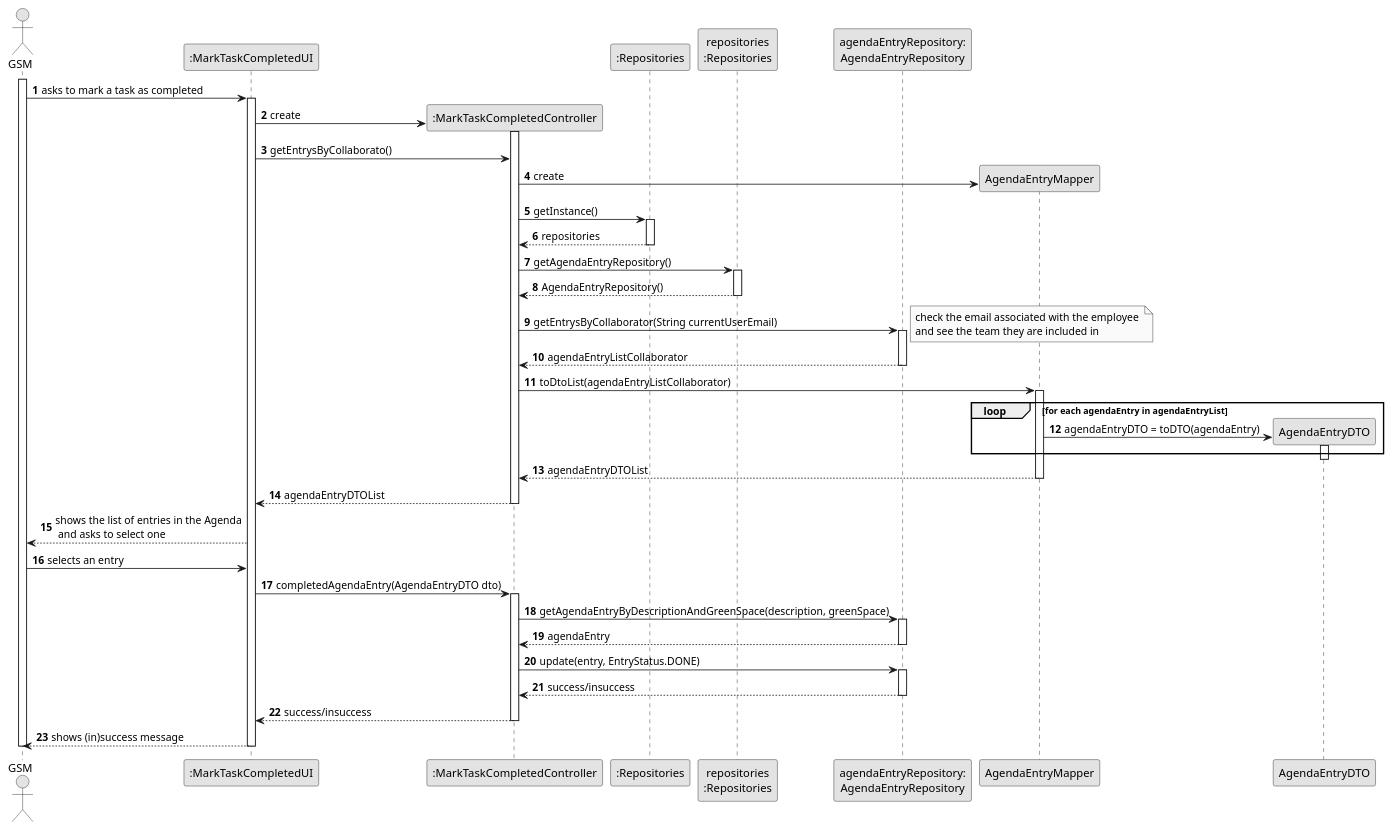
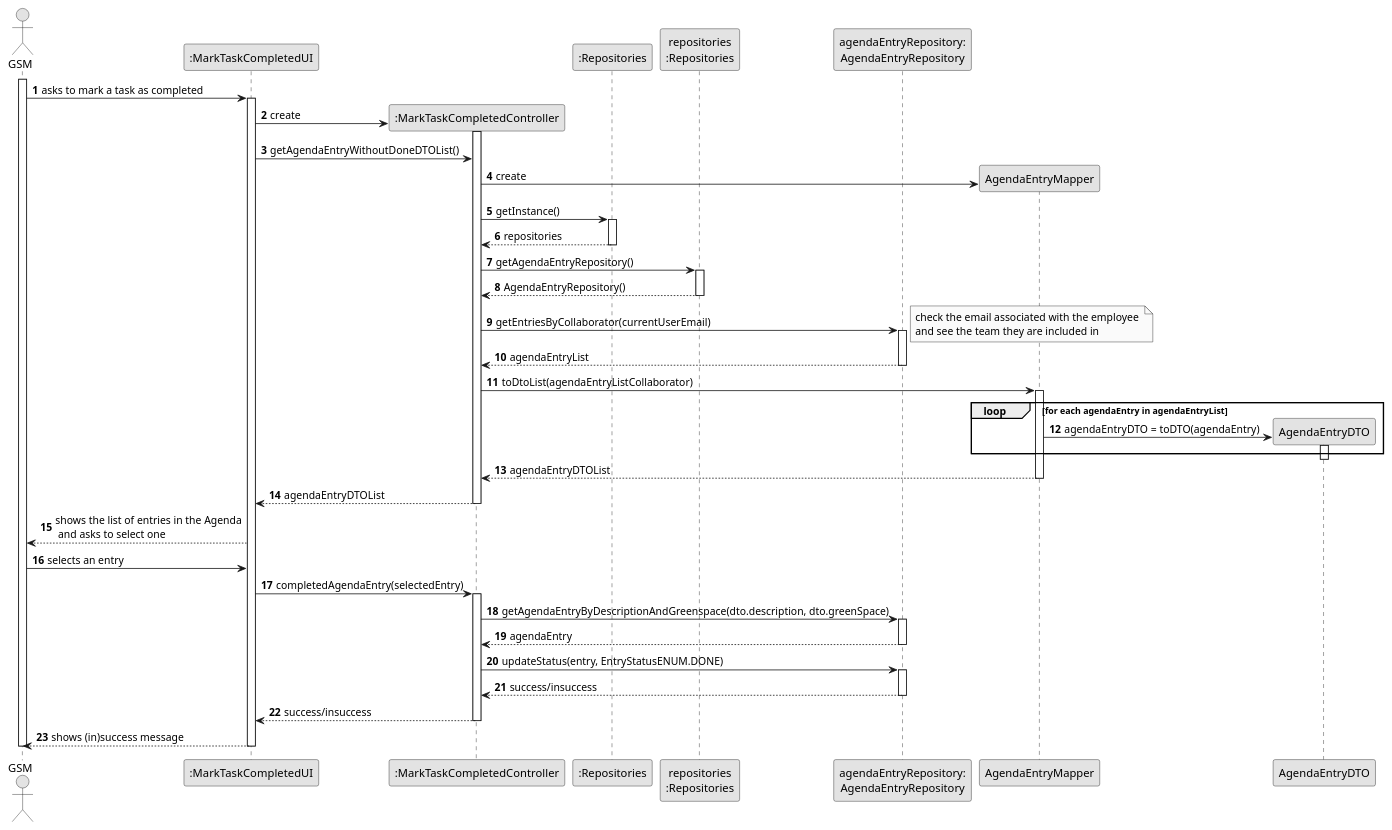
Before and after one commit to Departamento-de-Engenharia-Informatica/lei-24-s2-1do-g164: the diagram in docs/sprintC/us029/03.design/puml/us029-sequence-diagram-full.puml, drawn with PlantUML. The commit also changed 36 other files, not shown here.

```diff
--- a/docs/sprintC/us029/03.design/puml/us029-sequence-diagram-full.puml
+++ b/docs/sprintC/us029/03.design/puml/us029-sequence-diagram-full.puml
@@ -1,116 +1,116 @@
 @startuml
 skinparam monochrome true
 skinparam packageStyle rectangle
 skinparam shadowing false
 
 autonumber
 
 'hide footbox
 actor "GSM" as GSM
 participant ":MarkTaskCompletedUI" as UI
 participant ":MarkTaskCompletedController" as CTRL
 participant ":Repositories" as RepositorySingleton
 participant "repositories\n:Repositories" as PLAT
 participant "agendaEntryRepository:\nAgendaEntryRepository" as Repo
 participant "AgendaEntryMapper"
 participant "AgendaEntryDTO"
 
 
 
 activate GSM
 
                 GSM -> UI : asks to mark a task as completed
 
                 activate UI
 
                 UI -> CTRL** : create
                 activate CTRL
 
-                 UI-> CTRL: getEntrysByCollaborato()
+                 UI-> CTRL: getAgendaEntryWithoutDoneDTOList()
 
                 CTRL -> "AgendaEntryMapper"**:  create
 
 
 
 
 
 
 
                 CTRL -> RepositorySingleton : getInstance()
                 activate RepositorySingleton
 
                     RepositorySingleton --> CTRL: repositories
                 deactivate RepositorySingleton
 
 
                 CTRL -> PLAT : getAgendaEntryRepository()
                 activate PLAT
 
                     PLAT --> CTRL: AgendaEntryRepository()
                 deactivate PLAT
 
 
-                CTRL -> Repo :getEntrysByCollaborator(String currentUserEmail)
+                CTRL -> Repo :getEntriesByCollaborator(currentUserEmail)
                 activate Repo
 
                 note right: check the email associated with the employee \nand see the team they are included in
 
-                Repo --> CTRL: agendaEntryListCollaborator
+                Repo --> CTRL: agendaEntryList
                 deactivate Repo
 
 
 
 
                 CTRL -> "AgendaEntryMapper" : toDtoList(agendaEntryListCollaborator)
                 activate "AgendaEntryMapper"
 
 
                  loop for each agendaEntry in agendaEntryList
 
                  "AgendaEntryMapper" -> "AgendaEntryDTO"** : agendaEntryDTO = toDTO(agendaEntry)
 
                   activate "AgendaEntryDTO"
                   end
                 deactivate "AgendaEntryDTO"
 
                 "AgendaEntryMapper" --> CTRL : agendaEntryDTOList
                 deactivate "AgendaEntryMapper"
 
                  CTRL --> UI : agendaEntryDTOList
                  deactivate CTRL
 
                   UI --> GSM : shows the list of entries in the Agenda\n and asks to select one
 
 
                  GSM-> UI: selects an entry
 
 
 
-                UI-> CTRL: completedAgendaEntry(AgendaEntryDTO dto)
+                UI-> CTRL: completedAgendaEntry(selectedEntry)
                 deactivate "AgendaEntryDTO"
                 activate CTRL
 
-                CTRL-> Repo: getAgendaEntryByDescriptionAndGreenSpace(description, greenSpace)
+                CTRL-> Repo: getAgendaEntryByDescriptionAndGreenspace(dto.description, dto.greenSpace)
                 activate Repo
                 Repo-->CTRL: agendaEntry
                 deactivate Repo
 
 
 
-                CTRL-> Repo: update(entry, EntryStatus.DONE)
+                CTRL-> Repo: updateStatus(entry, EntryStatusENUM.DONE)
 
                 activate Repo
                 Repo-->CTRL: success/insuccess
 
 
               deactivate Repo
 
                 CTRL --> UI : success/insuccess
                 deactivate CTRL
                UI --> GSM : shows (in)success message
                deactivate UI
 
 
                deactivate GSM
 
 @enduml
```
